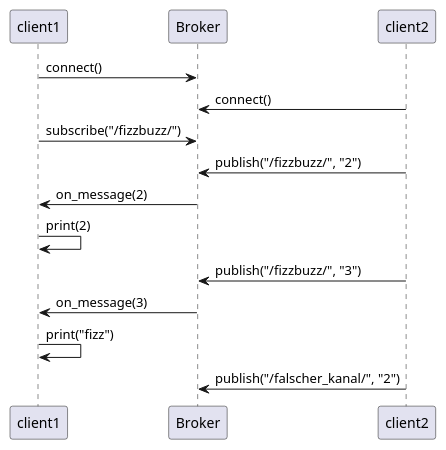
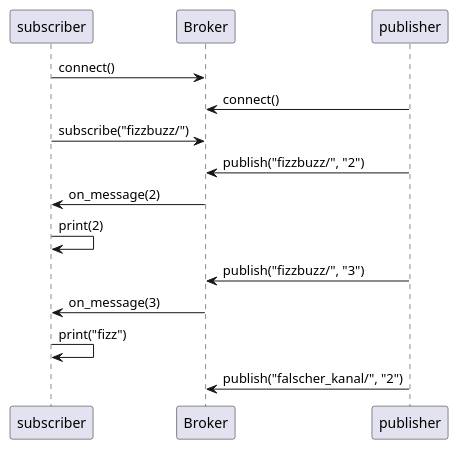
Before and after one commit to pintman/fizzbuzz: the third of 3 diagrams in fizzbuzz.org, drawn with PlantUML. The commit also changed other lines of this file and 2 other files, not shown here.

```diff
--- a/fizzbuzz.org
+++ b/fizzbuzz.org
@@ -1375,18 +1375,18 @@
 #+BEGIN_SRC plantuml :file doc/fizzbuzz-mqtt.png :cache yes
 @startuml
-client1 -> Broker: connect()
-client2 -> Broker: connect()
+subscriber -> Broker: connect()
+publisher -> Broker: connect()
 
-client1 -> Broker: subscribe("/fizzbuzz/")
-client2 -> Broker: publish("/fizzbuzz/", "2")
-Broker -> client1: on_message(2)
-client1 -> client1: print(2)
+subscriber -> Broker: subscribe("fizzbuzz/")
+publisher -> Broker: publish("fizzbuzz/", "2")
+Broker -> subscriber: on_message(2)
+subscriber -> subscriber: print(2)
 
-client2 -> Broker: publish("/fizzbuzz/", "3")
-Broker -> client1: on_message(3)
-client1 -> client1: print("fizz")
+publisher -> Broker: publish("fizzbuzz/", "3")
+Broker -> subscriber: on_message(3)
+subscriber -> subscriber: print("fizz")
 
-client2 -> Broker: publish("/falscher_kanal/", "2")
+publisher -> Broker: publish("falscher_kanal/", "2")
 
 @enduml
 #+END_SRC
```
